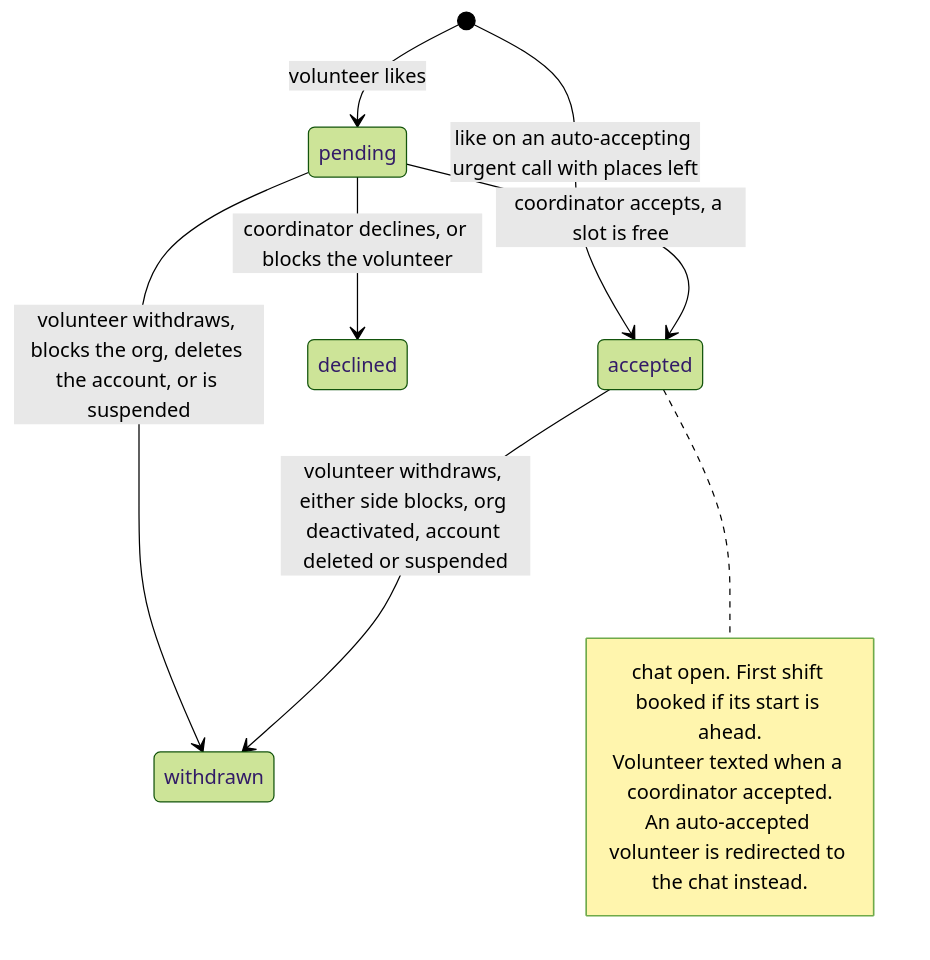
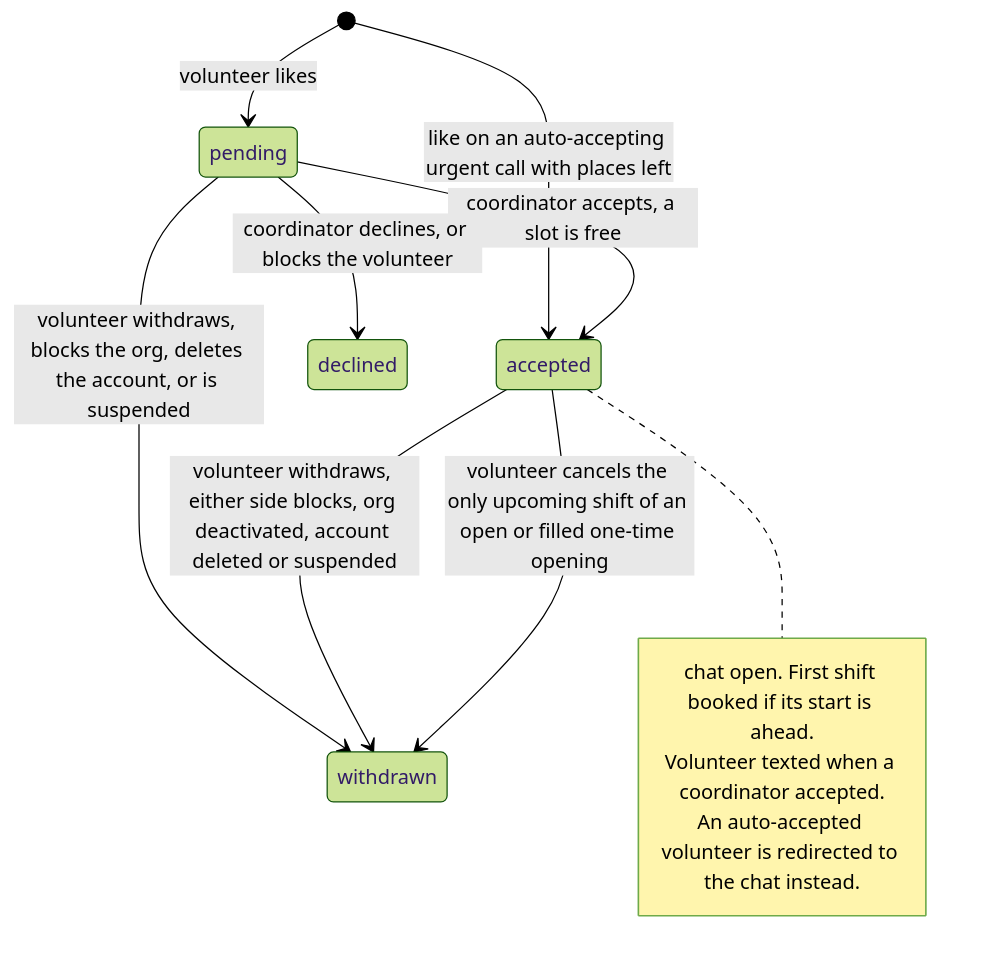
One commit to slegroux/causematch changed diagram 14 of 25 in docs/ARCHITECTURE.md. Above: the diagram before and after it, drawn with Mermaid (forest theme). The commit also changed other lines of this file, not shown here.

First line of the commit message:
Architecture doc: a C4 tour on top, the reference below, up to date with main

````diff
--- a/docs/ARCHITECTURE.md
+++ b/docs/ARCHITECTURE.md
@@ -505,14 +859,15 @@
 ```mermaid
 stateDiagram-v2
     [*] --> pending: volunteer likes
     [*] --> accepted: like on an auto-accepting urgent call with places left
     pending --> accepted: coordinator accepts, a slot is free
     pending --> declined: coordinator declines, or blocks the volunteer
     pending --> withdrawn: volunteer withdraws, blocks the org, deletes the account, or is suspended
     accepted --> withdrawn: volunteer withdraws, either side blocks, org deactivated, account deleted or suspended
+    accepted --> withdrawn: volunteer cancels the only upcoming shift of an open or filled one-time opening
     note right of accepted
         chat open. First shift booked if its start is ahead.
         Volunteer texted when a coordinator accepted.
         An auto-accepted volunteer is redirected to the chat instead.
     end note
 ```
````
